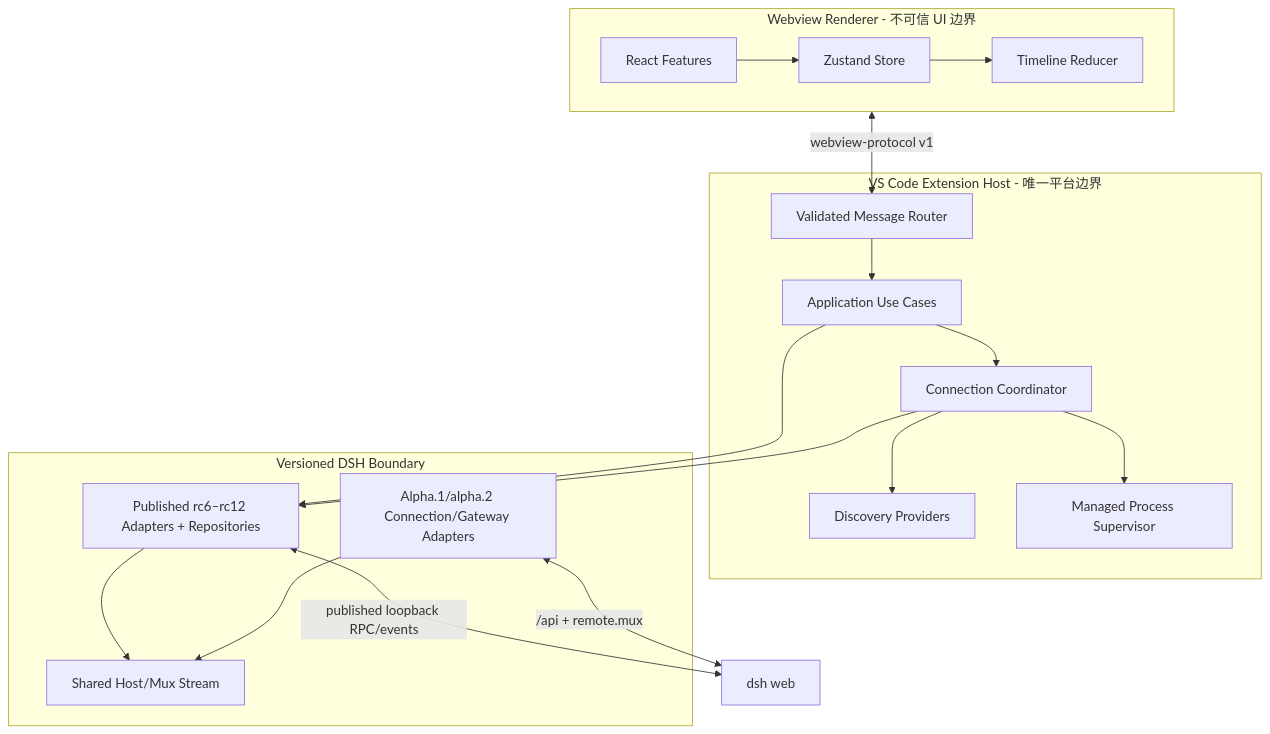
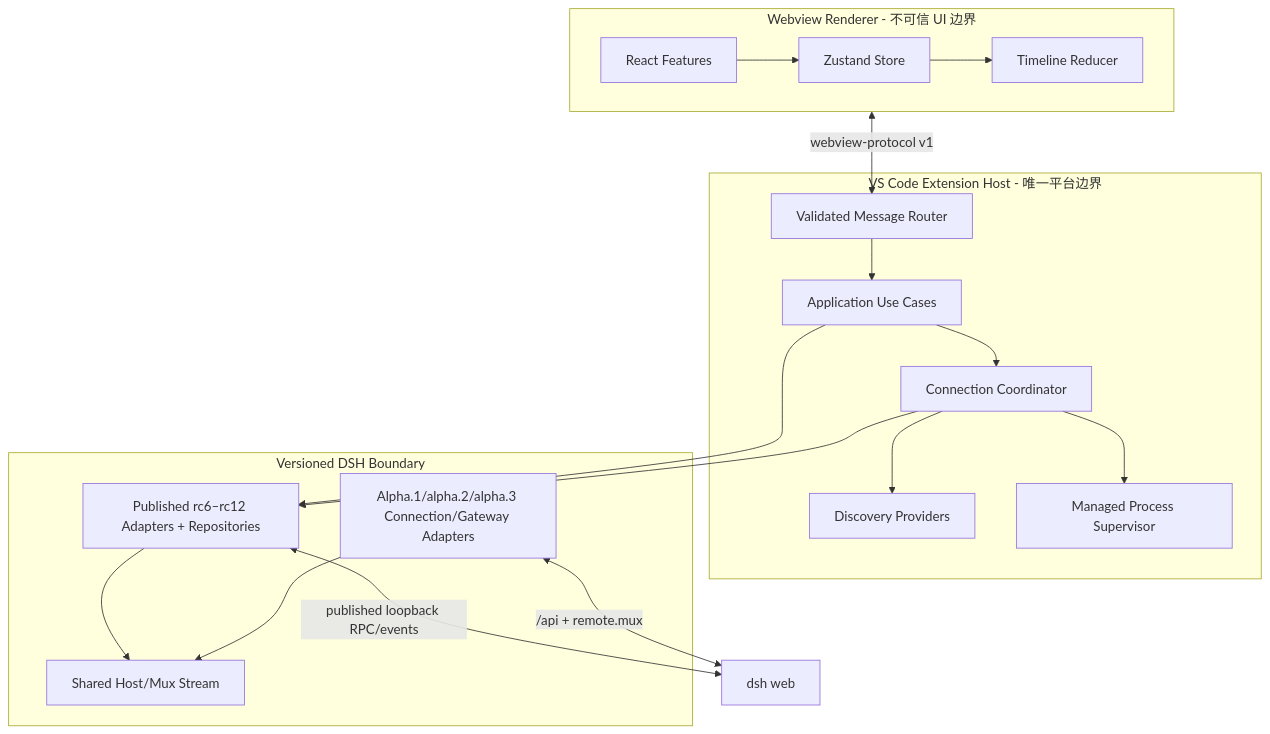
The first of 2 diagrams in docs/architecture.md (Jabofish/deepseek-harness-vscode), drawn with Mermaid before and after one commit. The commit also changed other lines of this file and 47 other files, not shown here.

````diff
--- a/docs/architecture.md
+++ b/docs/architecture.md
@@ -5,35 +5,35 @@
 ```mermaid
 flowchart TB
   subgraph Renderer["Webview Renderer - 不可信 UI 边界"]
     REACT["React Features"]
     STORE["Zustand Store"]
     TL["Timeline Reducer"]
     REACT --> STORE --> TL
   end
 
   subgraph Host["VS Code Extension Host - 唯一平台边界"]
     ROUTER["Validated Message Router"]
     UC["Application Use Cases"]
     CC["Connection Coordinator"]
     DISC["Discovery Providers"]
     SUP["Managed Process Supervisor"]
     ROUTER --> UC
     UC --> CC
     CC --> DISC
     CC --> SUP
   end
 
   subgraph Adapter["Versioned DSH Boundary"]
     RC6["Published rc6–rc12 Adapters + Repositories"]
-    ALPHA["Alpha.1/alpha.2 Connection/Gateway Adapters"]
+    ALPHA["Alpha.1/alpha.2/alpha.3 Connection/Gateway Adapters"]
     STREAM["Shared Host/Mux Stream"]
     RC6 --> STREAM
     ALPHA --> STREAM
   end
 
   Renderer <-->|"webview-protocol v1"| ROUTER
   UC --> RC6
   CC --> RC6
   RC6 <-->|"published loopback RPC/events"| DSH["dsh web"]
   ALPHA <-->|"/api + remote.mux"| DSH
 ```
````
